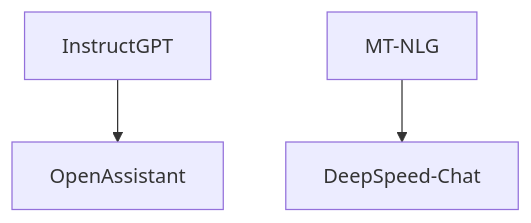
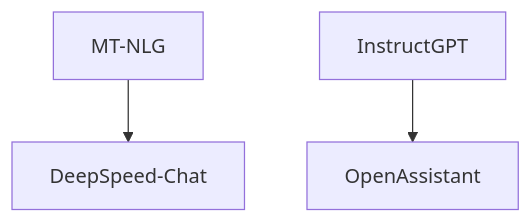
Before and after one commit to ted-sharp/chatvox: diagram 19 of 20 in doc/llm.md, drawn with Mermaid. The commit also changed other lines of this file, not shown here.

````diff
--- a/doc/llm.md
+++ b/doc/llm.md
@@ -809,5 +834,6 @@
 ```mermaid
 flowchart
+
+MT-NLG --> DeepSpeed-Chat
 InstructGPT --> OpenAssistant
-MT-NLG --> DeepSpeed-Chat
 ```
````
